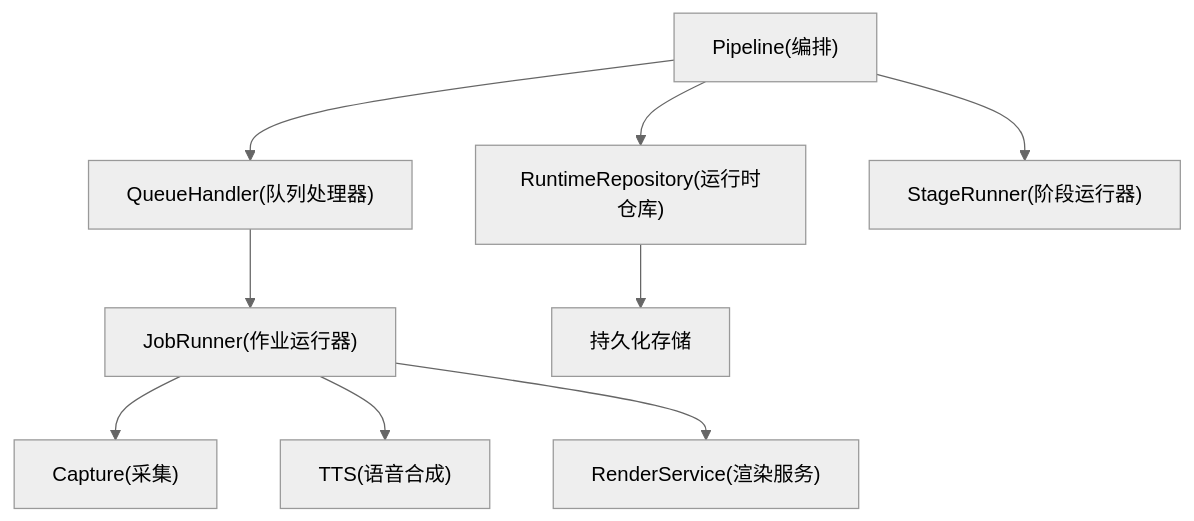
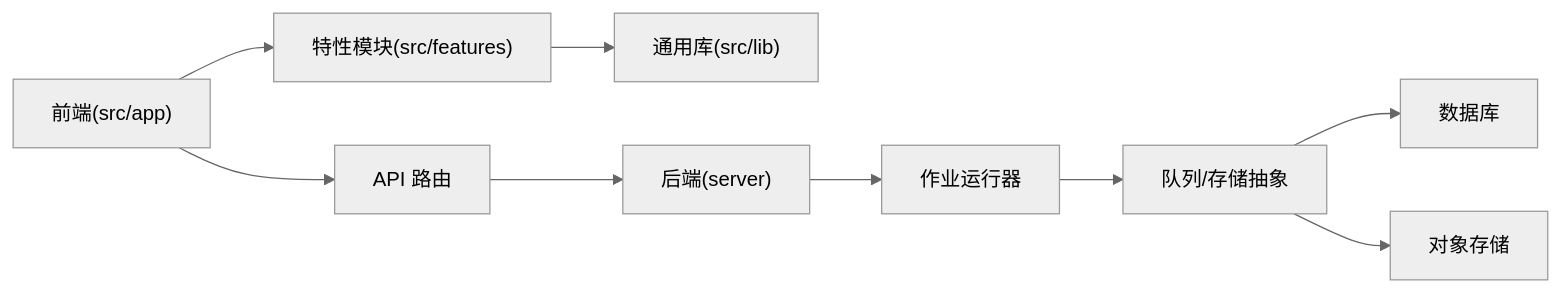
Before and after one commit to scottcwy/PurpleInk: the eighth of 8 diagrams in .qoder/repowiki/zh/content/项目概述/架构设计理念.md, drawn with Mermaid (neutral theme). The commit also changed other lines of this file and 872 other files, not shown here.

````diff
--- a/.qoder/repowiki/zh/content/项目概述/架构设计理念.md
+++ b/.qoder/repowiki/zh/content/项目概述/架构设计理念.md
@@ -261,11 +322,11 @@
 ```mermaid
-graph TB
-P["Pipeline(编排)"] --> R["RuntimeRepository(运行时仓库)"]
-P --> QH["QueueHandler(队列处理器)"]
-P --> SR["StageRunner(阶段运行器)"]
-QH --> JR["JobRunner(作业运行器)"]
-JR --> CAP["Capture(采集)"]
-JR --> TTS["TTS(语音合成)"]
-JR --> RS["RenderService(渲染服务)"]
-R --> DB["持久化存储"]
+graph LR
+Front["前端(src/app)"] --> Features["特性模块(src/features)"]
+Features --> Libs["通用库(src/lib)"]
+Front --> API["API 路由"]
+API --> Server["后端(server)"]
+Server --> Runner["作业运行器"]
+Runner --> Abstractions["队列/存储抽象"]
+Abstractions --> DB["数据库"]
+Abstractions --> Storage["对象存储"]
 ```
````
